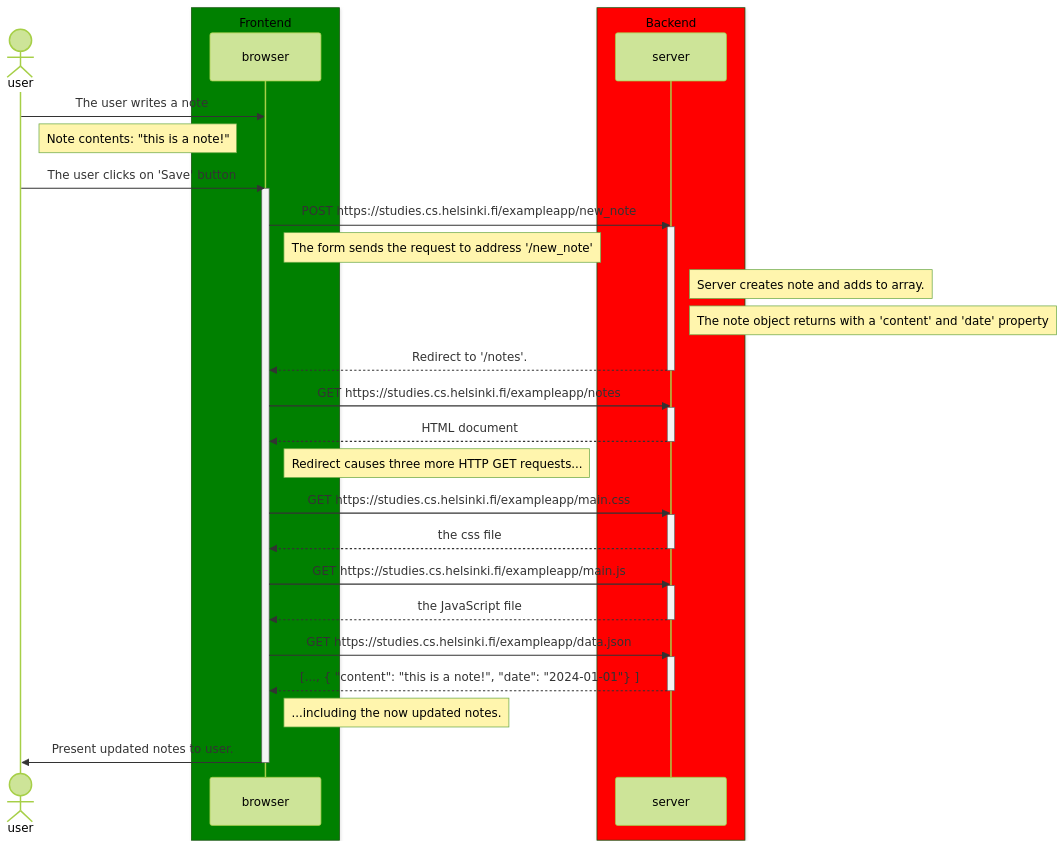
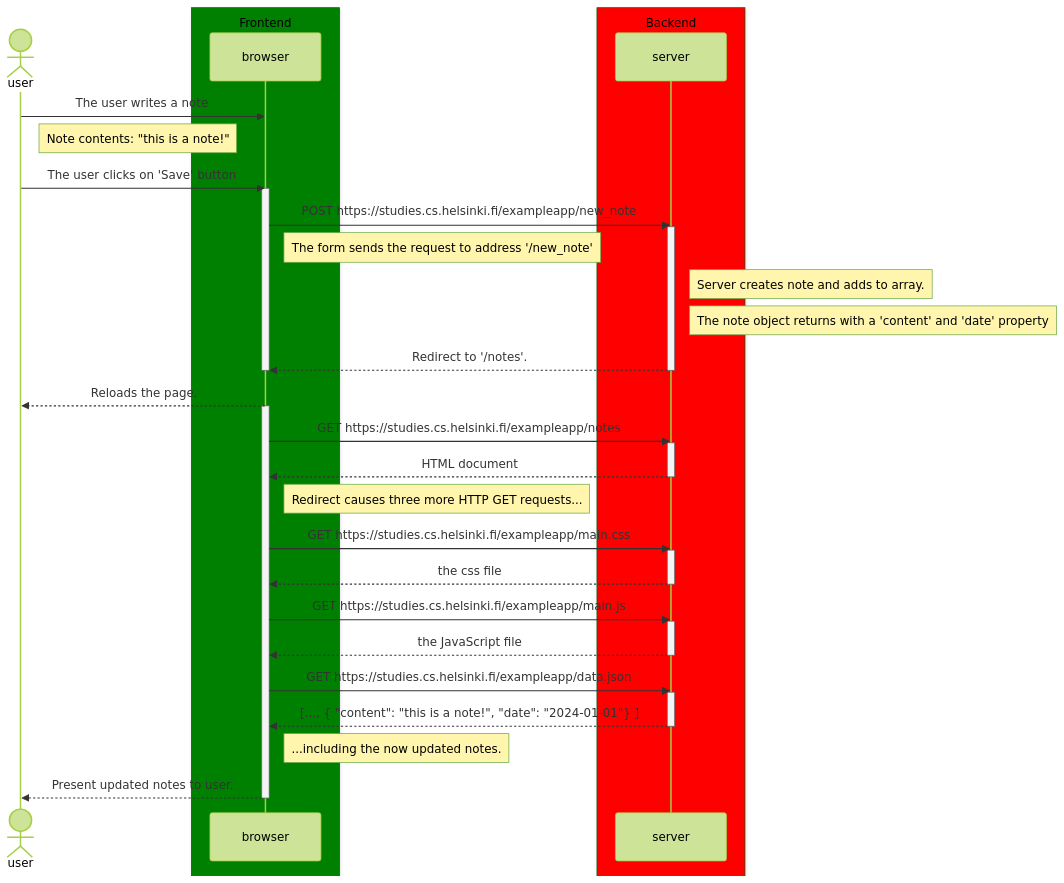
Before and after one commit to Nullim/fullstack-open: the diagram in part0/newnotediagram.md, drawn with Mermaid (forest theme). The commit also changed 1 other file, not shown here.

Commit message:
Rearranges presentation of diagram

````diff
--- a/part0/newnotediagram.md
+++ b/part0/newnotediagram.md
@@ -1,55 +1,58 @@
 ```mermaid
 sequenceDiagram
   actor user 
   box Green Frontend
   participant browser
   end
   box Red Backend
   participant server
   end
 
   user->>browser: The user writes a note
 
   Note right of user: Note contents: "this is a note!"
 
   user->>browser: The user clicks on 'Save' button
   activate browser
   browser->>server: POST https://studies.cs.helsinki.fi/exampleapp/new_note
   activate server
 
   Note right of browser: The form sends the request to address '/new_note'
 
   Note right of server: Server creates note and adds to array.
 
   Note right of server: The note object returns with a 'content' and 'date' property
 
   server-->>browser: Redirect to '/notes'.
+  deactivate browser
   deactivate server
+  browser-->>user: Reloads the page.
 
+  activate browser
   browser->>server: GET https://studies.cs.helsinki.fi/exampleapp/notes
   activate server
   server-->>browser: HTML document
   deactivate server
 
   Note right of browser: Redirect causes three more HTTP GET requests...
 
   browser->>server: GET https://studies.cs.helsinki.fi/exampleapp/main.css
   activate server
   server-->>browser: the css file
   deactivate server
 
   browser->>server: GET https://studies.cs.helsinki.fi/exampleapp/main.js
   activate server
   server-->>browser: the JavaScript file
   deactivate server
 
   browser->>server: GET https://studies.cs.helsinki.fi/exampleapp/data.json
   activate server
   server-->>browser: [..., { "content": "this is a note!", "date": "2024-01-01"} ]
   deactivate server
 
   Note right of browser: ...including the now updated notes.
 
-  browser->>user: Present updated notes to user.
+  browser-->>user: Present updated notes to user.
   deactivate browser
 ```
````
